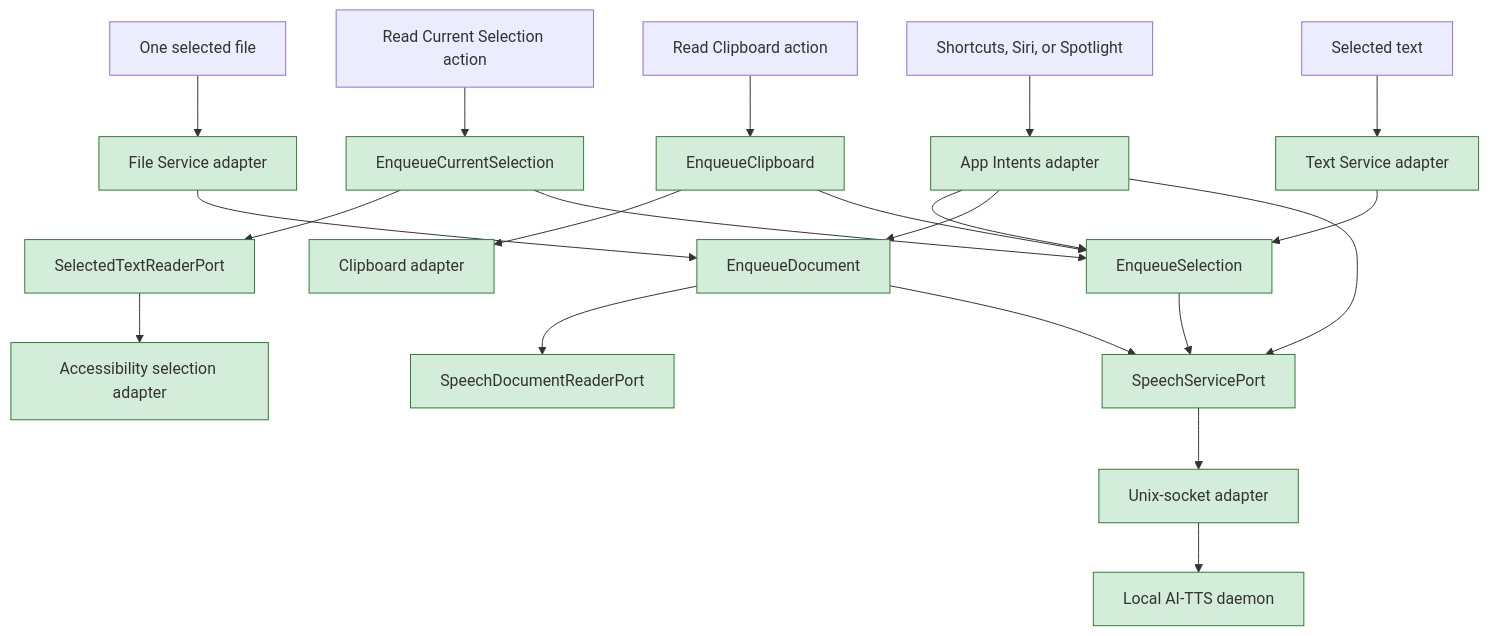
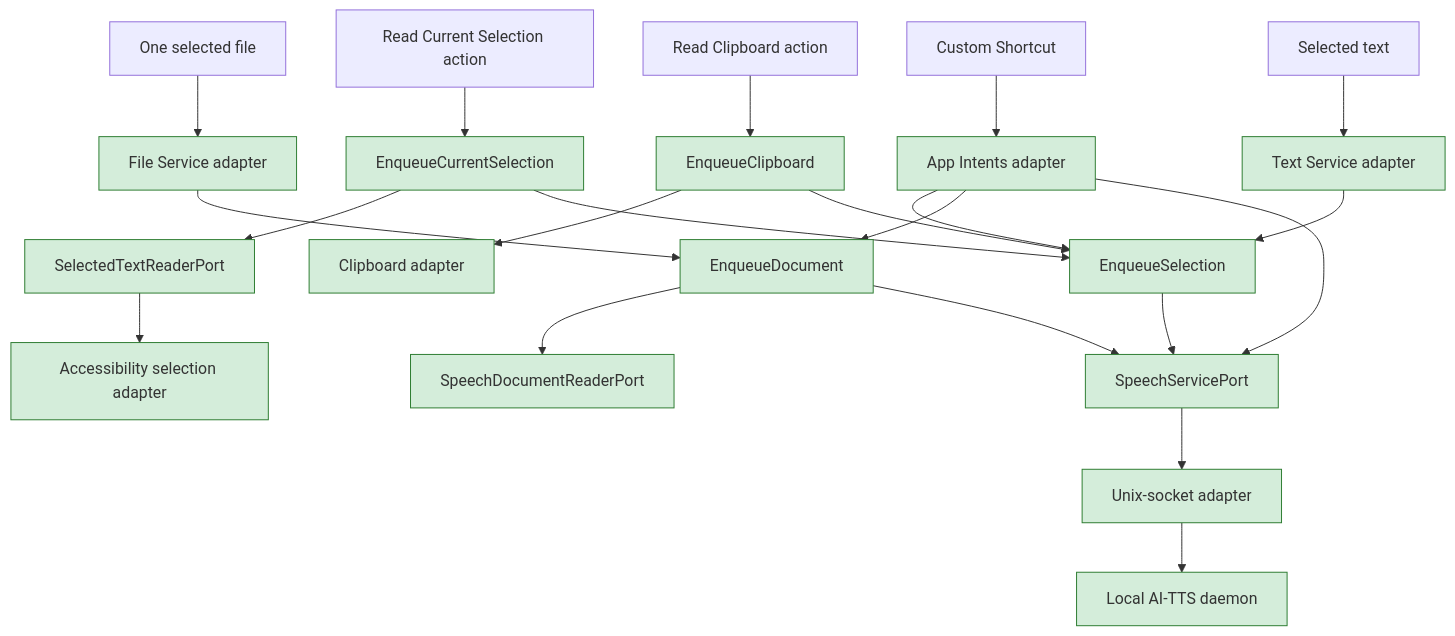
The diagram in docs/design/os-integration.md (flyingrobots/AI-TTS), drawn with Mermaid before and after one commit. The commit also changed other lines of this file and 4 other files, not shown here.

````diff
--- a/docs/design/os-integration.md
+++ b/docs/design/os-integration.md
@@ -120,44 +120,44 @@
 ```mermaid
 flowchart TD
     TEXT["Selected text"] --> TEXTSERVICE["Text Service adapter"]
     MENU["Read Current Selection action"]
     AX["Accessibility selection adapter"]
     CLIPBOARD["Read Clipboard action"]
     CLIPBOARDADAPTER["Clipboard adapter"]
     FILE["One selected file"] --> FILESERVICE["File Service adapter"]
-    AUTOMATION["Shortcuts, Siri, or Spotlight"] --> INTENTS["App Intents adapter"]
+    AUTOMATION["Custom Shortcut"] --> INTENTS["App Intents adapter"]
 
     TEXTSERVICE --> SELECTION["EnqueueSelection"]
     MENU --> CURRENTUSE["EnqueueCurrentSelection"]
     CURRENTUSE --> SELECTEDPORT["SelectedTextReaderPort"]
     SELECTEDPORT --> AX
     CURRENTUSE --> SELECTION
     CLIPBOARD --> CLIPUSE["EnqueueClipboard"]
     CLIPUSE --> CLIPBOARDADAPTER
     CLIPUSE --> SELECTION
     FILESERVICE --> DOCUMENT["EnqueueDocument"]
     DOCUMENT --> READER["SpeechDocumentReaderPort"]
     INTENTS --> SELECTION
     INTENTS --> DOCUMENT
     INTENTS --> SPEECH
 
     SELECTION --> SPEECH["SpeechServicePort"]
     DOCUMENT --> SPEECH
     SPEECH --> SOCKET["Unix-socket adapter"]
     SOCKET --> DAEMON["Local AI-TTS daemon"]
 
     style DOCUMENT fill:#d4edda,stroke:#2e7d32
     style READER fill:#d4edda,stroke:#2e7d32
     style SPEECH fill:#d4edda,stroke:#2e7d32
     style SOCKET fill:#d4edda,stroke:#2e7d32
     style DAEMON fill:#d4edda,stroke:#2e7d32
     style TEXTSERVICE fill:#d4edda,stroke:#2e7d32
     style AX fill:#d4edda,stroke:#2e7d32
     style CLIPBOARDADAPTER fill:#d4edda,stroke:#2e7d32
     style FILESERVICE fill:#d4edda,stroke:#2e7d32
     style SELECTION fill:#d4edda,stroke:#2e7d32
     style SELECTEDPORT fill:#d4edda,stroke:#2e7d32
     style CURRENTUSE fill:#d4edda,stroke:#2e7d32
     style CLIPUSE fill:#d4edda,stroke:#2e7d32
     style INTENTS fill:#d4edda,stroke:#2e7d32
 ```
````
